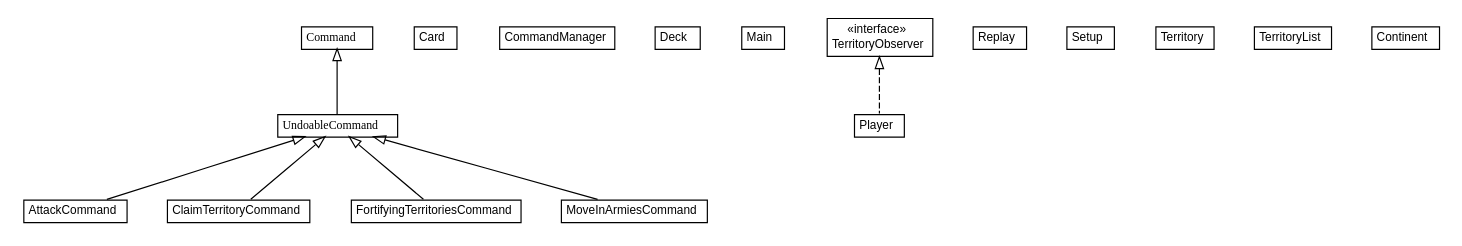
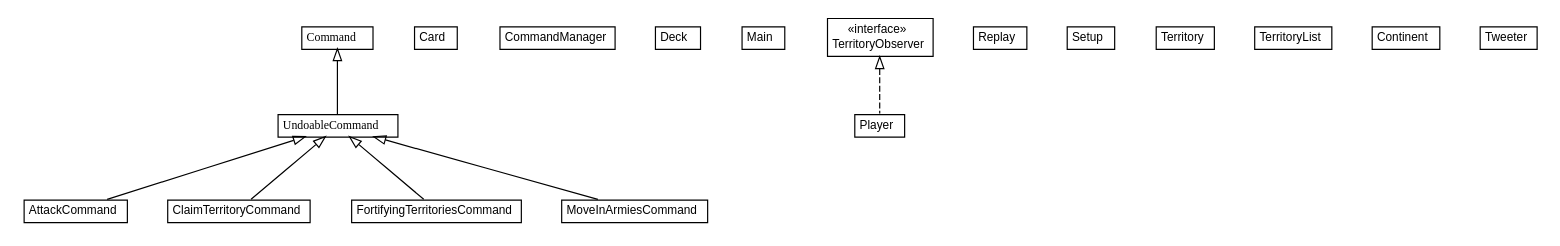
One commit to vapor47/risk-game changed the diagram in target/site/apidocs/.dot. Above: the diagram before and after it, drawn with Graphviz. The commit also changed 90 other files, not shown here.

```diff
--- a/target/site/apidocs/.dot
+++ b/target/site/apidocs/.dot
@@ -1,127 +1,133 @@
 #!/usr/local/bin/dot
 #
 # Class diagram 
 # Generated by UMLGraph version R5_6 (http://www.umlgraph.org/)
 #
 
 digraph G {
 	edge [fontname="arial",fontsize=10,labelfontname="arial",labelfontsize=10];
 	node [fontname="arial",fontsize=10,shape=plaintext];
 	nodesep=0.25;
 	ranksep=0.5;
 	// AttackCommand
 	c0 [label=<<table title="AttackCommand" border="0" cellborder="1" cellspacing="0" cellpadding="2" port="p" href="./AttackCommand.html">
 		<tr><td><table border="0" cellspacing="0" cellpadding="1">
 <tr><td align="center" balign="center"> AttackCommand </td></tr>
 		</table></td></tr>
 		</table>>, URL="./AttackCommand.html", fontname="arial", fontcolor="black", fontsize=10.0];
 	// Card
 	c1 [label=<<table title="Card" border="0" cellborder="1" cellspacing="0" cellpadding="2" port="p" href="./Card.html">
 		<tr><td><table border="0" cellspacing="0" cellpadding="1">
 <tr><td align="center" balign="center"> Card </td></tr>
 		</table></td></tr>
 		</table>>, URL="./Card.html", fontname="arial", fontcolor="black", fontsize=10.0];
 	// ClaimTerritoryCommand
 	c2 [label=<<table title="ClaimTerritoryCommand" border="0" cellborder="1" cellspacing="0" cellpadding="2" port="p" href="./ClaimTerritoryCommand.html">
 		<tr><td><table border="0" cellspacing="0" cellpadding="1">
 <tr><td align="center" balign="center"> ClaimTerritoryCommand </td></tr>
 		</table></td></tr>
 		</table>>, URL="./ClaimTerritoryCommand.html", fontname="arial", fontcolor="black", fontsize=10.0];
 	// Command
 	c3 [label=<<table title="Command" border="0" cellborder="1" cellspacing="0" cellpadding="2" port="p" href="./Command.html">
 		<tr><td><table border="0" cellspacing="0" cellpadding="1">
 <tr><td align="center" balign="center"><font face="arial italic"> Command </font></td></tr>
 		</table></td></tr>
 		</table>>, URL="./Command.html", fontname="arial", fontcolor="black", fontsize=10.0];
 	// CommandManager
 	c4 [label=<<table title="CommandManager" border="0" cellborder="1" cellspacing="0" cellpadding="2" port="p" href="./CommandManager.html">
 		<tr><td><table border="0" cellspacing="0" cellpadding="1">
 <tr><td align="center" balign="center"> CommandManager </td></tr>
 		</table></td></tr>
 		</table>>, URL="./CommandManager.html", fontname="arial", fontcolor="black", fontsize=10.0];
 	// Deck
 	c5 [label=<<table title="Deck" border="0" cellborder="1" cellspacing="0" cellpadding="2" port="p" href="./Deck.html">
 		<tr><td><table border="0" cellspacing="0" cellpadding="1">
 <tr><td align="center" balign="center"> Deck </td></tr>
 		</table></td></tr>
 		</table>>, URL="./Deck.html", fontname="arial", fontcolor="black", fontsize=10.0];
 	// FortifyingTerritoriesCommand
 	c6 [label=<<table title="FortifyingTerritoriesCommand" border="0" cellborder="1" cellspacing="0" cellpadding="2" port="p" href="./FortifyingTerritoriesCommand.html">
 		<tr><td><table border="0" cellspacing="0" cellpadding="1">
 <tr><td align="center" balign="center"> FortifyingTerritoriesCommand </td></tr>
 		</table></td></tr>
 		</table>>, URL="./FortifyingTerritoriesCommand.html", fontname="arial", fontcolor="black", fontsize=10.0];
 	// Main
 	c7 [label=<<table title="Main" border="0" cellborder="1" cellspacing="0" cellpadding="2" port="p" href="./Main.html">
 		<tr><td><table border="0" cellspacing="0" cellpadding="1">
 <tr><td align="center" balign="center"> Main </td></tr>
 		</table></td></tr>
 		</table>>, URL="./Main.html", fontname="arial", fontcolor="black", fontsize=10.0];
 	// MoveInArmiesCommand
 	c8 [label=<<table title="MoveInArmiesCommand" border="0" cellborder="1" cellspacing="0" cellpadding="2" port="p" href="./MoveInArmiesCommand.html">
 		<tr><td><table border="0" cellspacing="0" cellpadding="1">
 <tr><td align="center" balign="center"> MoveInArmiesCommand </td></tr>
 		</table></td></tr>
 		</table>>, URL="./MoveInArmiesCommand.html", fontname="arial", fontcolor="black", fontsize=10.0];
 	// Player
 	c9 [label=<<table title="Player" border="0" cellborder="1" cellspacing="0" cellpadding="2" port="p" href="./Player.html">
 		<tr><td><table border="0" cellspacing="0" cellpadding="1">
 <tr><td align="center" balign="center"> Player </td></tr>
 		</table></td></tr>
 		</table>>, URL="./Player.html", fontname="arial", fontcolor="black", fontsize=10.0];
 	// Replay
 	c10 [label=<<table title="Replay" border="0" cellborder="1" cellspacing="0" cellpadding="2" port="p" href="./Replay.html">
 		<tr><td><table border="0" cellspacing="0" cellpadding="1">
 <tr><td align="center" balign="center"> Replay </td></tr>
 		</table></td></tr>
 		</table>>, URL="./Replay.html", fontname="arial", fontcolor="black", fontsize=10.0];
 	// Setup
 	c11 [label=<<table title="Setup" border="0" cellborder="1" cellspacing="0" cellpadding="2" port="p" href="./Setup.html">
 		<tr><td><table border="0" cellspacing="0" cellpadding="1">
 <tr><td align="center" balign="center"> Setup </td></tr>
 		</table></td></tr>
 		</table>>, URL="./Setup.html", fontname="arial", fontcolor="black", fontsize=10.0];
 	// Territory
 	c12 [label=<<table title="Territory" border="0" cellborder="1" cellspacing="0" cellpadding="2" port="p" href="./Territory.html">
 		<tr><td><table border="0" cellspacing="0" cellpadding="1">
 <tr><td align="center" balign="center"> Territory </td></tr>
 		</table></td></tr>
 		</table>>, URL="./Territory.html", fontname="arial", fontcolor="black", fontsize=10.0];
 	// TerritoryList
 	c13 [label=<<table title="TerritoryList" border="0" cellborder="1" cellspacing="0" cellpadding="2" port="p" href="./TerritoryList.html">
 		<tr><td><table border="0" cellspacing="0" cellpadding="1">
 <tr><td align="center" balign="center"> TerritoryList </td></tr>
 		</table></td></tr>
 		</table>>, URL="./TerritoryList.html", fontname="arial", fontcolor="black", fontsize=10.0];
 	// TerritoryList.Continent
 	c14 [label=<<table title="TerritoryList.Continent" border="0" cellborder="1" cellspacing="0" cellpadding="2" port="p" href="./TerritoryList.Continent.html">
 		<tr><td><table border="0" cellspacing="0" cellpadding="1">
 <tr><td align="center" balign="center"> Continent </td></tr>
 		</table></td></tr>
 		</table>>, URL="./TerritoryList.Continent.html", fontname="arial", fontcolor="black", fontsize=10.0];
 	// TerritoryObserver
 	c15 [label=<<table title="TerritoryObserver" border="0" cellborder="1" cellspacing="0" cellpadding="2" port="p" href="./TerritoryObserver.html">
 		<tr><td><table border="0" cellspacing="0" cellpadding="1">
 <tr><td align="center" balign="center"> &#171;interface&#187; </td></tr>
 <tr><td align="center" balign="center"> TerritoryObserver </td></tr>
 		</table></td></tr>
 		</table>>, URL="./TerritoryObserver.html", fontname="arial", fontcolor="black", fontsize=10.0];
+	// Tweeter
+	c16 [label=<<table title="Tweeter" border="0" cellborder="1" cellspacing="0" cellpadding="2" port="p" href="./Tweeter.html">
+		<tr><td><table border="0" cellspacing="0" cellpadding="1">
+<tr><td align="center" balign="center"> Tweeter </td></tr>
+		</table></td></tr>
+		</table>>, URL="./Tweeter.html", fontname="arial", fontcolor="black", fontsize=10.0];
 	// UndoableCommand
-	c16 [label=<<table title="UndoableCommand" border="0" cellborder="1" cellspacing="0" cellpadding="2" port="p" href="./UndoableCommand.html">
+	c17 [label=<<table title="UndoableCommand" border="0" cellborder="1" cellspacing="0" cellpadding="2" port="p" href="./UndoableCommand.html">
 		<tr><td><table border="0" cellspacing="0" cellpadding="1">
 <tr><td align="center" balign="center"><font face="arial italic"> UndoableCommand </font></td></tr>
 		</table></td></tr>
 		</table>>, URL="./UndoableCommand.html", fontname="arial", fontcolor="black", fontsize=10.0];
 	//AttackCommand extends UndoableCommand
-	c16:p -> c0:p [dir=back,arrowtail=empty];
+	c17:p -> c0:p [dir=back,arrowtail=empty];
 	//ClaimTerritoryCommand extends UndoableCommand
-	c16:p -> c2:p [dir=back,arrowtail=empty];
+	c17:p -> c2:p [dir=back,arrowtail=empty];
 	//FortifyingTerritoriesCommand extends UndoableCommand
-	c16:p -> c6:p [dir=back,arrowtail=empty];
+	c17:p -> c6:p [dir=back,arrowtail=empty];
 	//MoveInArmiesCommand extends UndoableCommand
-	c16:p -> c8:p [dir=back,arrowtail=empty];
+	c17:p -> c8:p [dir=back,arrowtail=empty];
 	//Player implements TerritoryObserver
 	c15:p -> c9:p [dir=back,arrowtail=empty,style=dashed];
 	//UndoableCommand extends Command
-	c3:p -> c16:p [dir=back,arrowtail=empty];
+	c3:p -> c17:p [dir=back,arrowtail=empty];
 }
```
